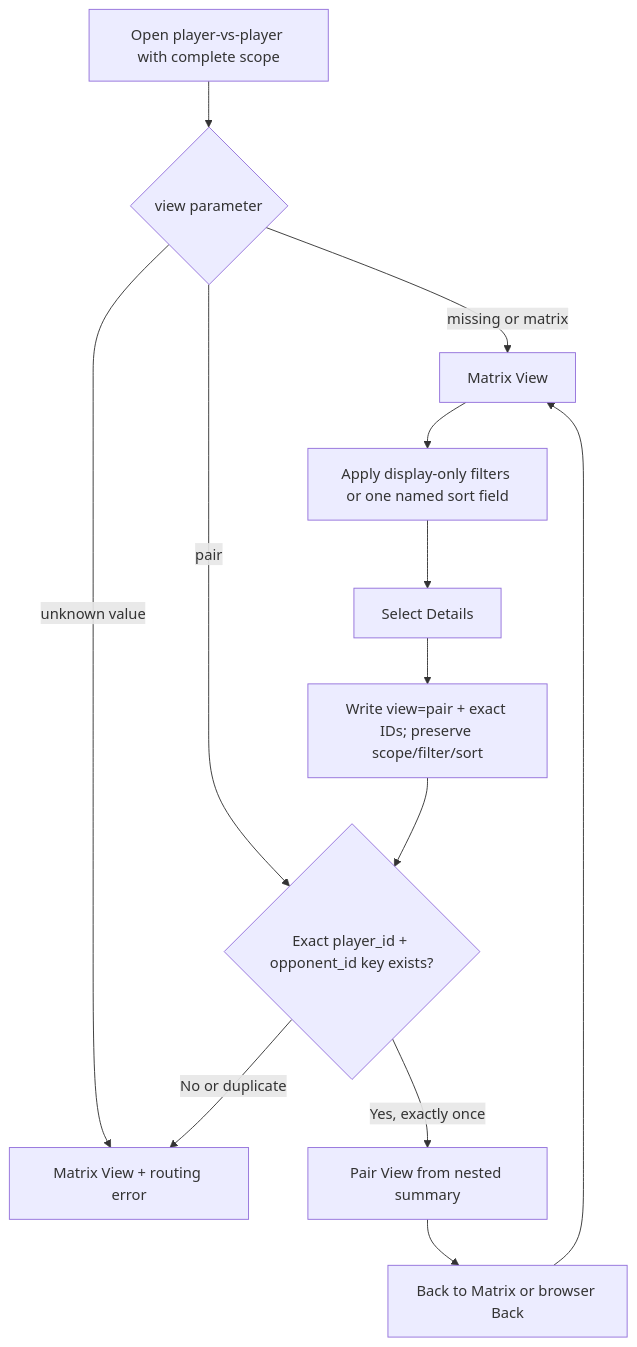
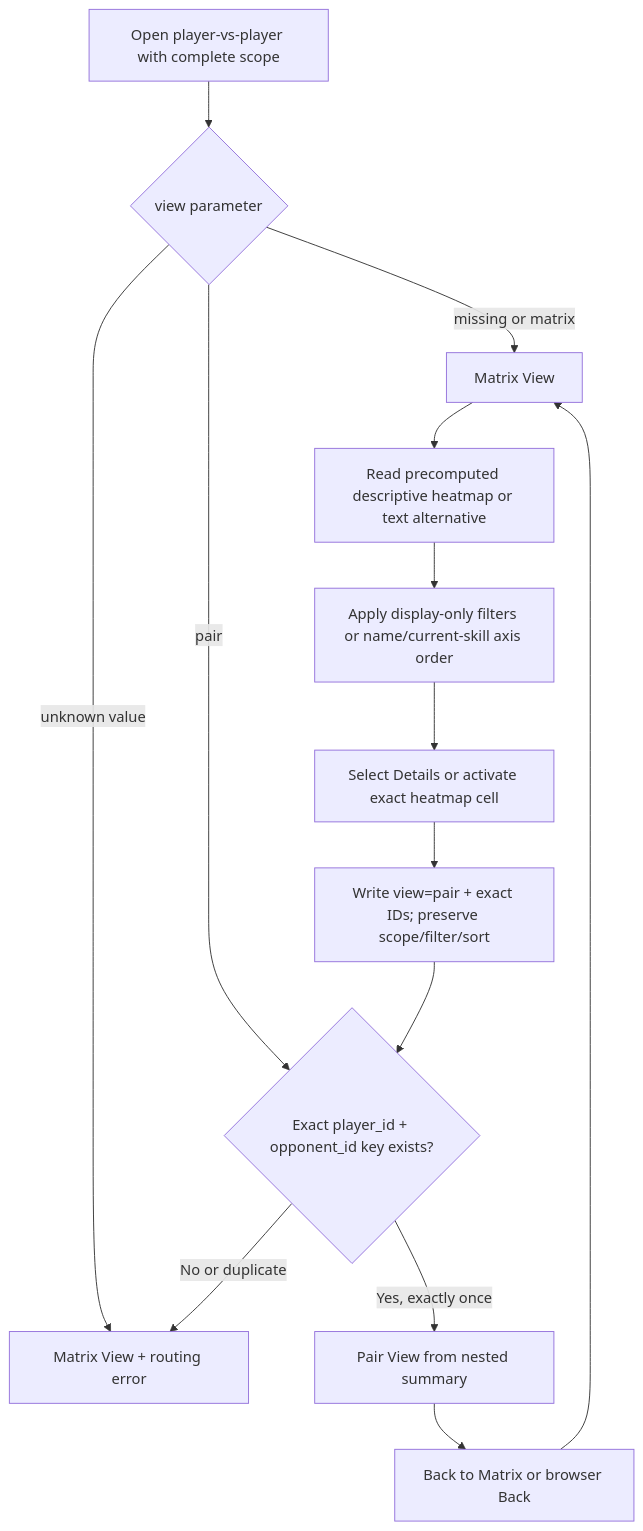
Before and after one commit to ssands5-cloud/APA-Tracker: the second of 2 diagrams in docs/demo_flow_diagram.md, drawn with Mermaid. The commit also changed other lines of this file and 8 other files, not shown here.

````diff
--- a/docs/demo_flow_diagram.md
+++ b/docs/demo_flow_diagram.md
@@ -82,15 +86,16 @@
 ```mermaid
 flowchart TD
     A[Open player-vs-player with complete scope] --> B{view parameter}
     B -->|missing or matrix| C[Matrix View]
     B -->|pair| D{Exact player_id + opponent_id key exists?}
     B -->|unknown value| E[Matrix View + routing error]
-    C --> F[Apply display-only filters or one named sort field]
-    F --> G[Select Details]
+    C --> HM[Read precomputed descriptive heatmap or text alternative]
+    HM --> F[Apply display-only filters or name/current-skill axis order]
+    F --> G[Select Details or activate exact heatmap cell]
     G --> H[Write view=pair + exact IDs; preserve scope/filter/sort]
     H --> D
     D -->|Yes, exactly once| I[Pair View from nested summary]
     D -->|No or duplicate| E
     I --> J[Back to Matrix or browser Back]
     J --> C
 ```
````
